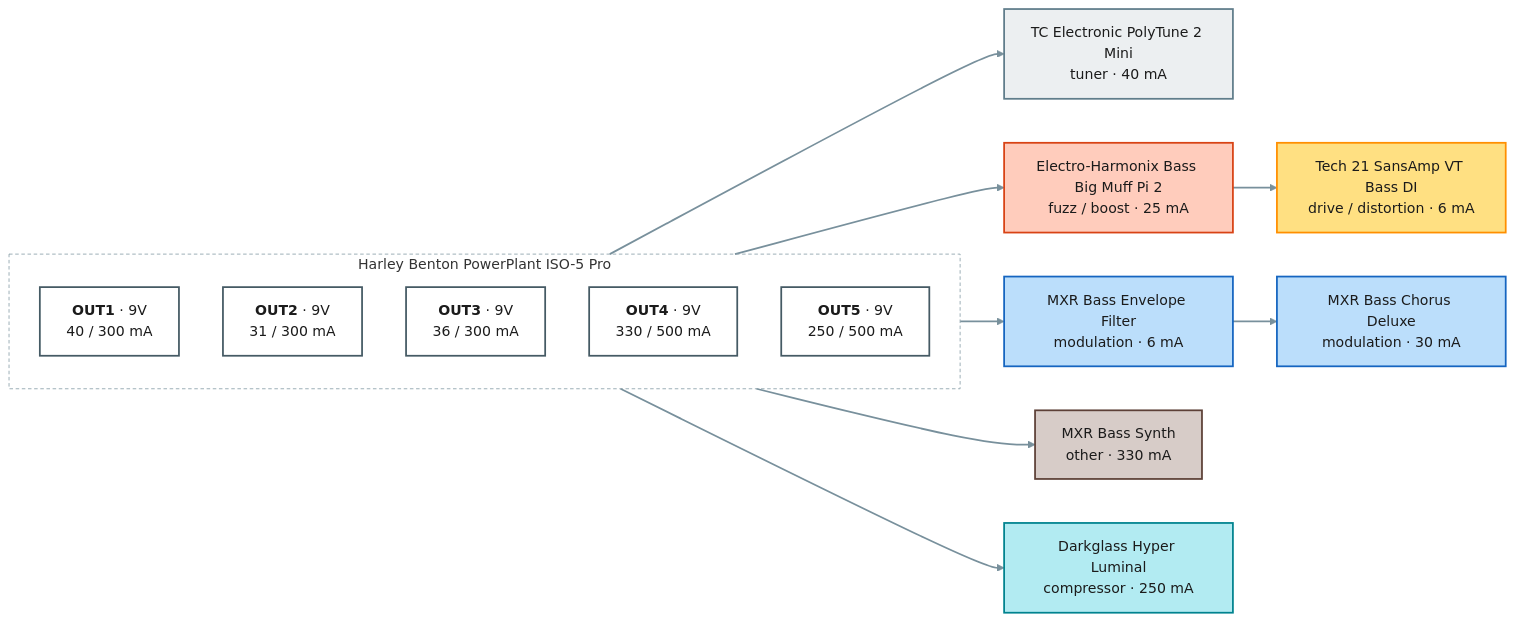
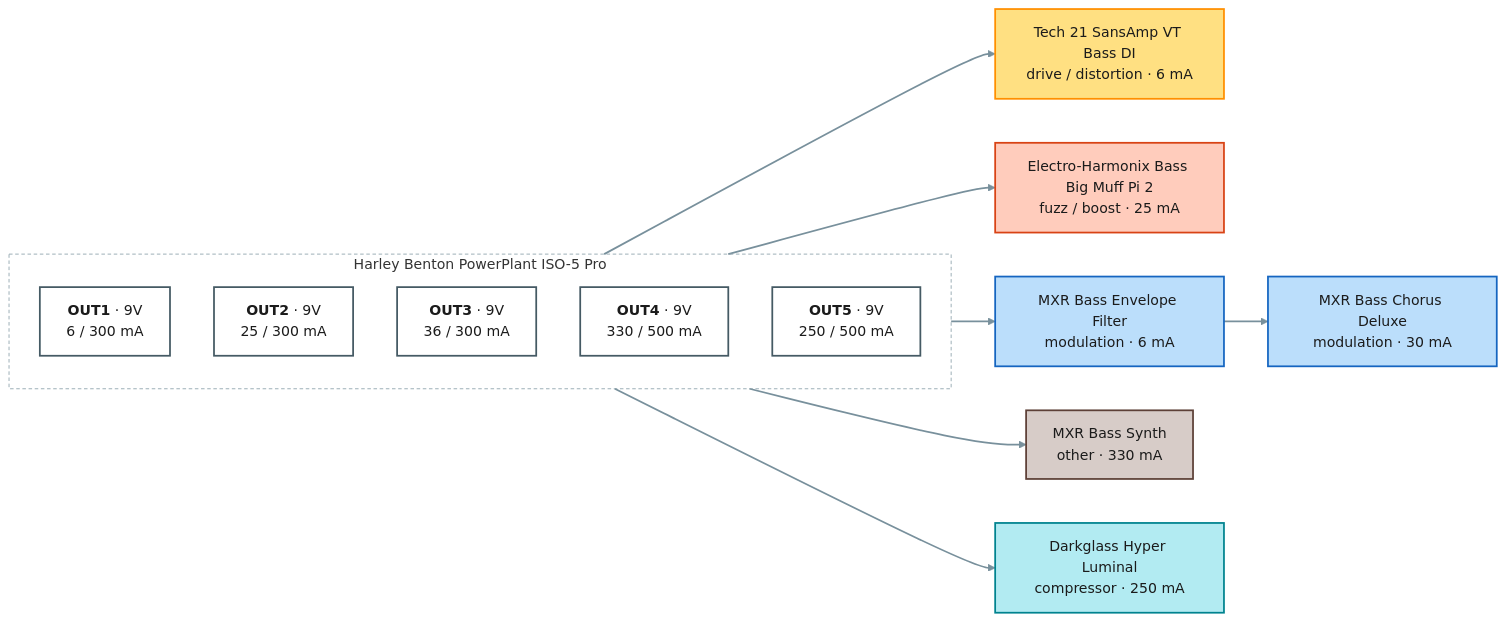
One commit to pedroacvieira/pedalboard changed the diagram in projects/bass/power.mmd. Above: the diagram before and after it, drawn with Mermaid. The commit also changed 9 other files, not shown here.

Commit message:
bass: no tuner (owner), VT Bass DI and Big Muff alone on OUT1 / OUT2; Envelope Filter footswitch; CLAUDE.md: composed-board details, bass board

```diff
--- a/projects/bass/power.mmd
+++ b/projects/bass/power.mmd
@@ -1,34 +1,31 @@
 flowchart LR
     subgraph psu1["Harley Benton PowerPlant ISO-5 Pro"]
         direction TB
-        psu1_OUT1["<b>OUT1</b> · 9V<br/>40 / 300 mA"]:::out9
-        psu1_OUT2["<b>OUT2</b> · 9V<br/>31 / 300 mA"]:::out9
+        psu1_OUT1["<b>OUT1</b> · 9V<br/>6 / 300 mA"]:::out9
+        psu1_OUT2["<b>OUT2</b> · 9V<br/>25 / 300 mA"]:::out9
         psu1_OUT3["<b>OUT3</b> · 9V<br/>36 / 300 mA"]:::out9
         psu1_OUT4["<b>OUT4</b> · 9V<br/>330 / 500 mA"]:::out9
         psu1_OUT5["<b>OUT5</b> · 9V<br/>250 / 500 mA"]:::out9
     end
-    polytune_2_mini["TC Electronic PolyTune 2 Mini<br/>tuner · 40 mA"]:::c_tuner
+    tech21_vt_bass_di["Tech 21 SansAmp VT Bass DI<br/>drive / distortion · 6 mA"]:::c_drive___distortion
     ehx_bass_big_muff_2["Electro-Harmonix Bass Big Muff Pi 2<br/>fuzz / boost · 25 mA"]:::c_fuzz___boost
-    tech21_vt_bass_di["Tech 21 SansAmp VT Bass DI<br/>drive / distortion · 6 mA"]:::c_drive___distortion
     mxr_bass_envelope_filter["MXR Bass Envelope Filter<br/>modulation · 6 mA"]:::c_modulation
     mxr_bass_chorus_deluxe["MXR Bass Chorus Deluxe<br/>modulation · 30 mA"]:::c_modulation
     mxr_bass_synth["MXR Bass Synth<br/>other · 330 mA"]:::c_other
     darkglass_hyper_luminal["Darkglass Hyper Luminal<br/>compressor · 250 mA"]:::c_compressor
-    psu1_OUT1 --> polytune_2_mini
+    psu1_OUT1 --> tech21_vt_bass_di
     psu1_OUT2 --> ehx_bass_big_muff_2
-    ehx_bass_big_muff_2 --> tech21_vt_bass_di
     psu1_OUT3 --> mxr_bass_envelope_filter
     mxr_bass_envelope_filter --> mxr_bass_chorus_deluxe
     psu1_OUT4 --> mxr_bass_synth
     psu1_OUT5 --> darkglass_hyper_luminal
     classDef out9 fill:#ffffff,stroke:#455a64,stroke-width:2px,color:#1b1b1b
     classDef out18 fill:#ffffff,stroke:#d84315,stroke-width:3px,color:#1b1b1b
     classDef spare fill:#fafafa,stroke:#9e9e9e,stroke-dasharray:4 3,color:#757575
-    classDef c_tuner fill:#eceff1,stroke:#607d8b,stroke-width:2px,color:#1b1b1b
     classDef c_compressor fill:#b2ebf2,stroke:#00838f,stroke-width:2px,color:#1b1b1b
     classDef c_fuzz___boost fill:#ffccbc,stroke:#d84315,stroke-width:2px,color:#1b1b1b
     classDef c_drive___distortion fill:#ffe082,stroke:#ff8f00,stroke-width:2px,color:#1b1b1b
     classDef c_modulation fill:#bbdefb,stroke:#1565c0,stroke-width:2px,color:#1b1b1b
     classDef c_other fill:#d7ccc8,stroke:#5d4037,stroke-width:2px,color:#1b1b1b
     style psu1 fill:none,stroke:#90a4ae,stroke-dasharray:4 3
     linkStyle default stroke:#78909c,stroke-width:2px
```
